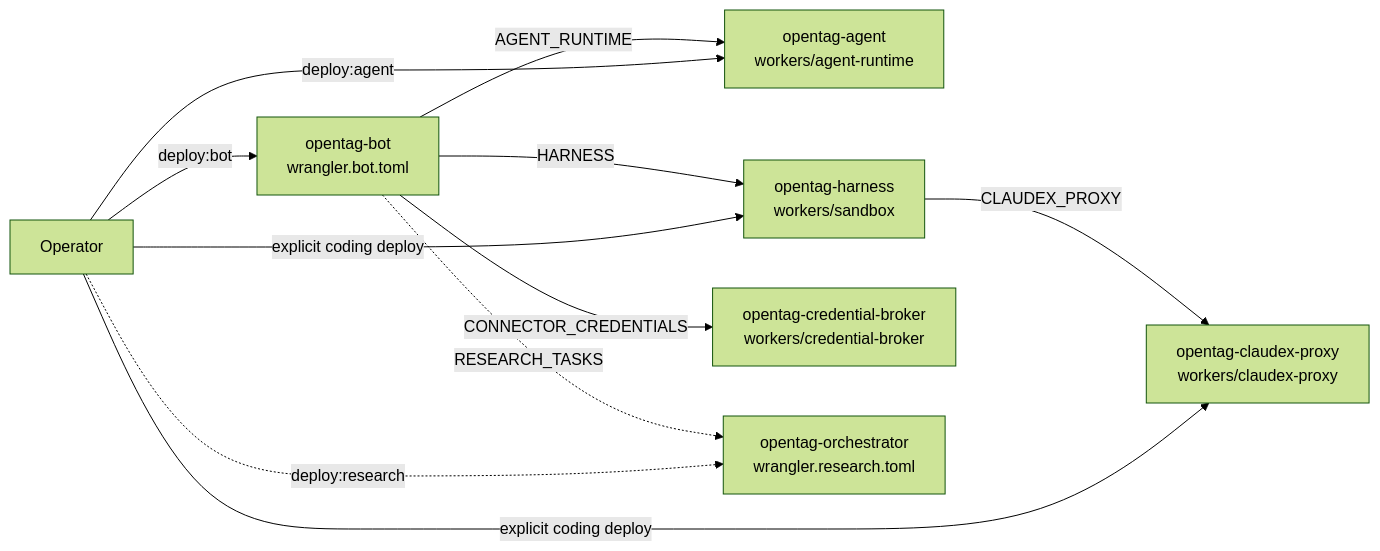
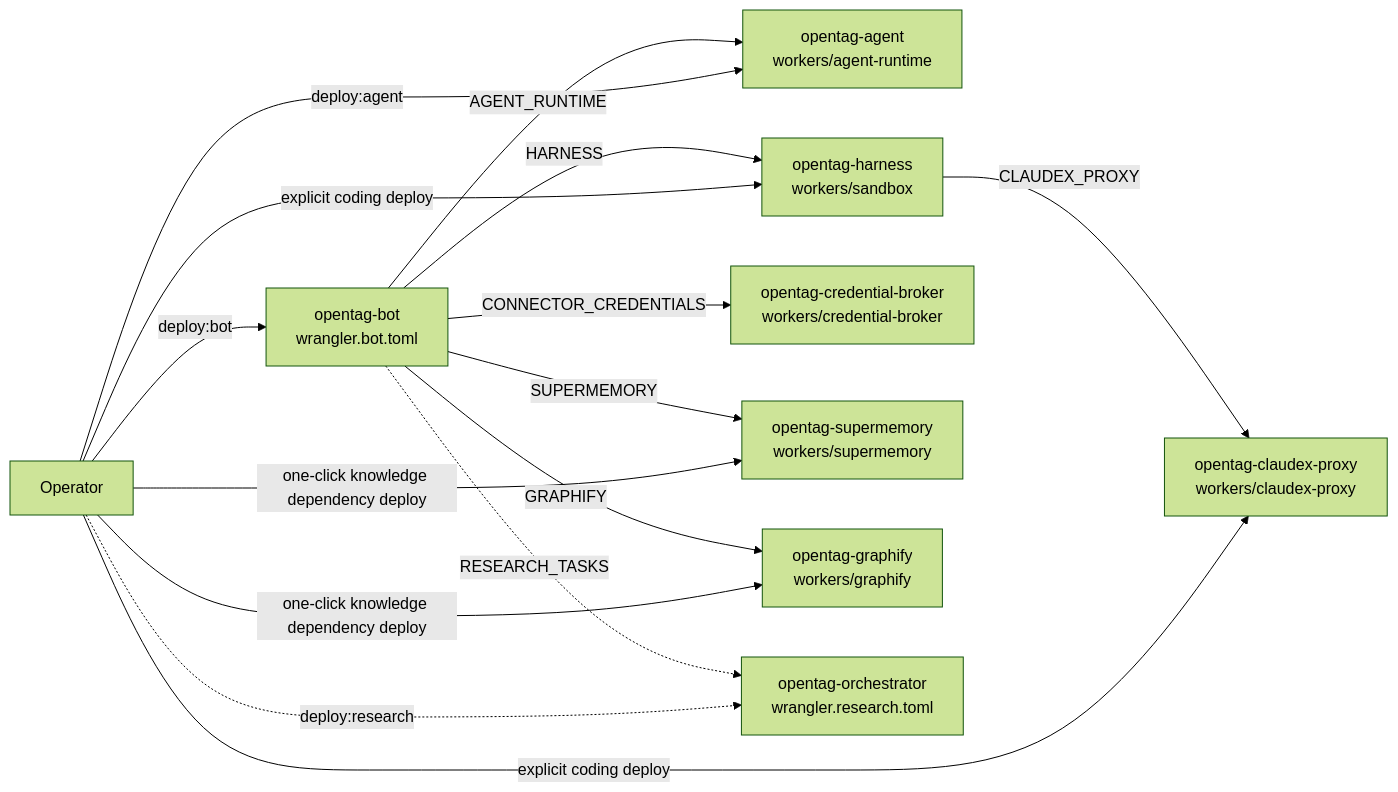
Before and after one commit to wcordelo/opentag: the first of 2 diagrams in docs/operations.md, drawn with Mermaid (forest theme). The commit also changed other lines of this file and 239 other files, not shown here.

````diff
--- a/docs/operations.md
+++ b/docs/operations.md
@@ -19,22 +306,28 @@
 ```mermaid
 flowchart LR
     Operator["Operator"]
     Bot["opentag-bot<br/>wrangler.bot.toml"]
     Agent["opentag-agent<br/>workers/agent-runtime"]
     Harness["opentag-harness<br/>workers/sandbox"]
     Claudex["opentag-claudex-proxy<br/>workers/claudex-proxy"]
     Broker["opentag-credential-broker<br/>workers/credential-broker"]
+    Supermemory["opentag-supermemory<br/>workers/supermemory"]
+    Graphify["opentag-graphify<br/>workers/graphify"]
     Research["opentag-orchestrator<br/>wrangler.research.toml"]
 
     Operator -->|"deploy:bot"| Bot
     Operator -->|"deploy:agent"| Agent
     Operator -->|"explicit coding deploy"| Claudex
     Operator -->|"explicit coding deploy"| Harness
+    Operator -->|"one-click knowledge dependency deploy"| Supermemory
+    Operator -->|"one-click knowledge dependency deploy"| Graphify
     Operator -.->|"deploy:research"| Research
 
     Bot -->|"AGENT_RUNTIME"| Agent
     Bot -->|"HARNESS"| Harness
     Bot -->|"CONNECTOR_CREDENTIALS"| Broker
+    Bot -->|"SUPERMEMORY"| Supermemory
+    Bot -->|"GRAPHIFY"| Graphify
     Harness -->|"CLAUDEX_PROXY"| Claudex
     Bot -.->|"RESEARCH_TASKS"| Research
 ```
````
